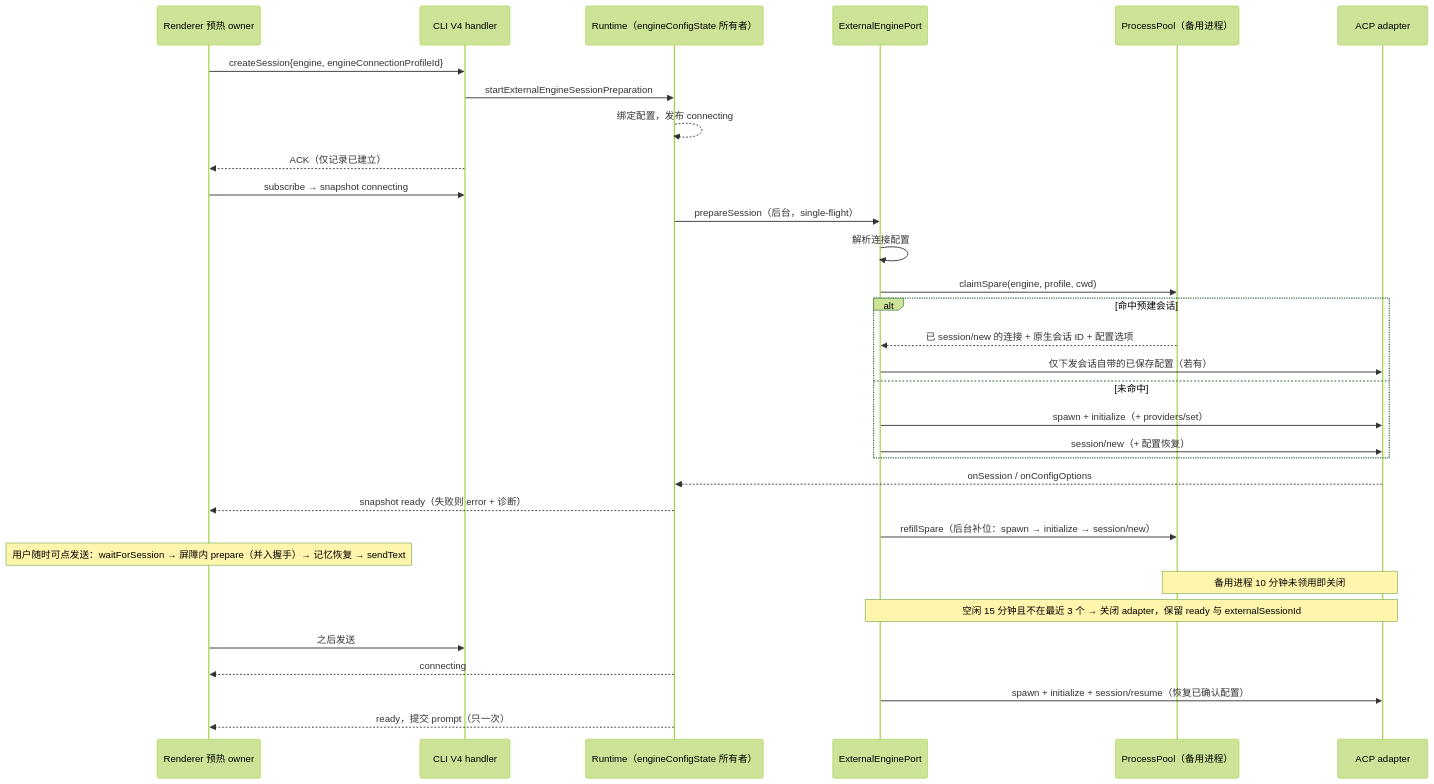
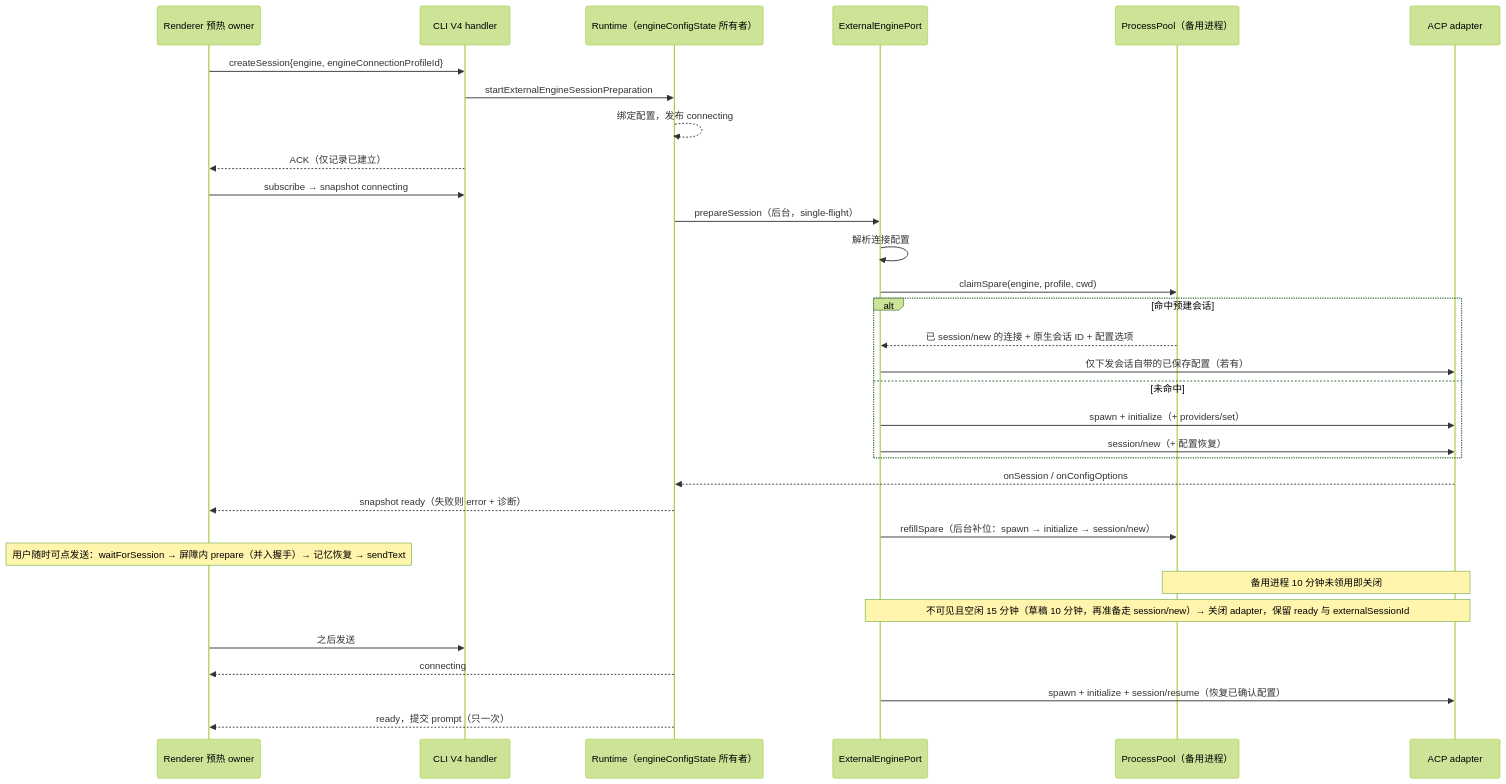
One commit to OpenX123/ZCode changed the second of 16 diagrams in docs/desktop/external-agent-engines-spec.md. Above: the diagram before and after it, drawn with Mermaid (forest theme). The commit also changed other lines of this file and 35 other files, not shown here.

````diff
--- a/docs/desktop/external-agent-engines-spec.md
+++ b/docs/desktop/external-agent-engines-spec.md
@@ -80,34 +133,34 @@
 ```mermaid
 sequenceDiagram
   participant UI as Renderer 预热 owner
   participant V4 as CLI V4 handler
   participant R as Runtime（engineConfigState 所有者）
   participant P as ExternalEnginePort
   participant S as ProcessPool（备用进程）
   participant A as ACP adapter
   UI->>V4: createSession{engine, engineConnectionProfileId}
   V4->>R: startExternalEngineSessionPreparation
   R-->>R: 绑定配置，发布 connecting
   V4-->>UI: ACK（仅记录已建立）
   UI->>V4: subscribe → snapshot connecting
   R->>P: prepareSession（后台，single-flight）
   P->>P: 解析连接配置
   P->>S: claimSpare(engine, profile, cwd)
   alt 命中预建会话
     S-->>P: 已 session/new 的连接 + 原生会话 ID + 配置选项
     P->>A: 仅下发会话自带的已保存配置（若有）
   else 未命中
     P->>A: spawn + initialize（+ providers/set）
     P->>A: session/new（+ 配置恢复）
   end
   A-->>R: onSession / onConfigOptions
   R-->>UI: snapshot ready（失败则 error + 诊断）
   P->>S: refillSpare（后台补位：spawn → initialize → session/new）
   Note over UI: 用户随时可点发送：waitForSession → 屏障内 prepare（并入握手）→ 记忆恢复 → sendText
   Note over S,A: 备用进程 10 分钟未领用即关闭
-  Note over P,A: 空闲 15 分钟且不在最近 3 个 → 关闭 adapter，保留 ready 与 externalSessionId
+  Note over P,A: 不可见且空闲 15 分钟（草稿 10 分钟，再准备走 session/new）→ 关闭 adapter，保留 ready 与 externalSessionId
   UI->>V4: 之后发送
   R-->>UI: connecting
   P->>A: spawn + initialize + session/resume（恢复已确认配置）
   R-->>UI: ready，提交 prompt（只一次）
 ```
````
